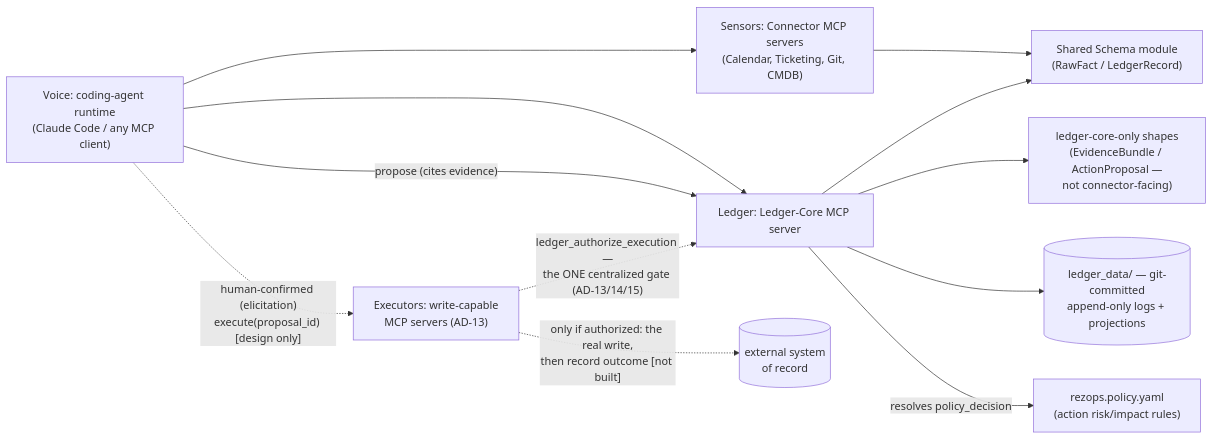
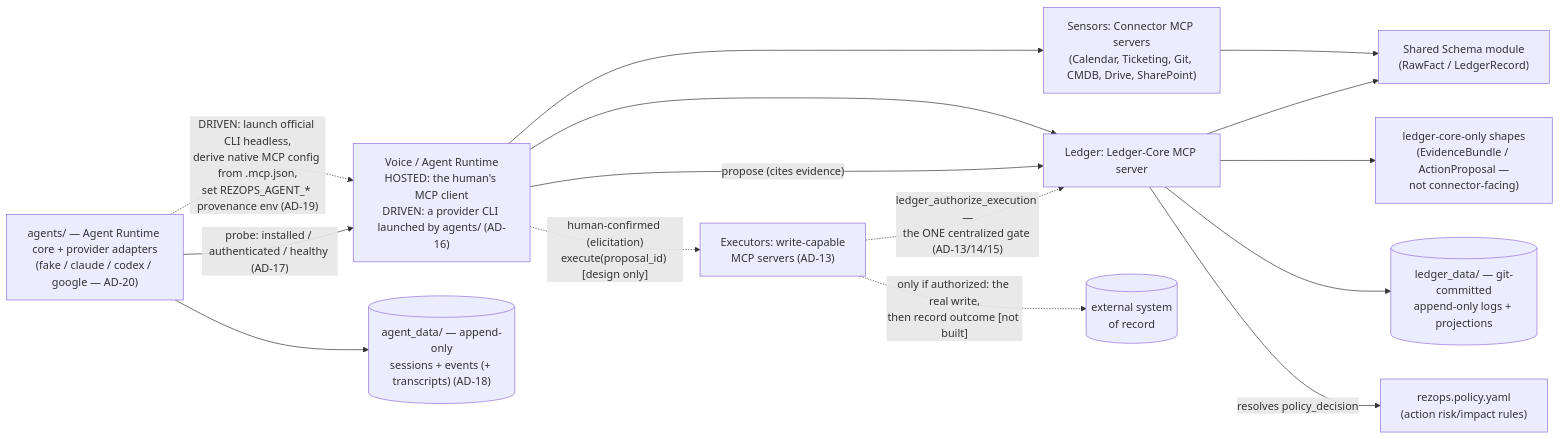
Before and after one commit to mistamayor/rez-ops: the first of 2 diagrams in _bmad-output/planning-artifacts/architecture/architecture-Resillience-Ops-2026-08-12/ARCHITECTURE-SPINE.md, drawn with Mermaid. The commit also changed other lines of this file and 11 other files, not shown here.

````diff
--- a/_bmad-output/planning-artifacts/architecture/architecture-Resillience-Ops-2026-08-12/ARCHITECTURE-SPINE.md
+++ b/_bmad-output/planning-artifacts/architecture/architecture-Resillience-Ops-2026-08-12/ARCHITECTURE-SPINE.md
@@ -32,14 +35,17 @@
 ```mermaid
 graph LR
-    Runtime["Voice: coding-agent runtime<br/>(Claude Code / any MCP client)"] --> Connectors["Sensors: Connector MCP servers<br/>(Calendar, Ticketing, Git, CMDB)"]
+    Runtime["Voice / Agent Runtime<br/>HOSTED: the human's MCP client<br/>DRIVEN: a provider CLI launched by agents/ (AD-16)"] --> Connectors["Sensors: Connector MCP servers<br/>(Calendar, Ticketing, Git, CMDB, Drive, SharePoint)"]
     Runtime --> LedgerCore["Ledger: Ledger-Core MCP server"]
+    Launcher["agents/ — Agent Runtime core + provider adapters<br/>(fake / claude / codex / google — AD-20)"] -.->|"DRIVEN: launch official CLI headless,<br/>derive native MCP config from .mcp.json,<br/>set REZOPS_AGENT_* provenance env (AD-19)"| Runtime
+    Launcher --> AgentData[("agent_data/ — append-only<br/>sessions + events (+ transcripts) (AD-18)")]
+    Launcher -->|"probe: installed / authenticated / healthy (AD-17)"| Runtime
     Connectors --> Schema["Shared Schema module<br/>(RawFact / LedgerRecord)"]
     LedgerCore --> LedgerOnly["ledger-core-only shapes<br/>(EvidenceBundle / ActionProposal —<br/>not connector-facing)"]
     LedgerCore --> Schema
     LedgerCore --> LedgerData[("ledger_data/ — git-committed<br/>append-only logs + projections")]
     Runtime -->|"propose (cites evidence)"| LedgerCore
     LedgerCore -->|"resolves policy_decision"| Policy["rezops.policy.yaml<br/>(action risk/impact rules)"]
     Runtime -.->|"human-confirmed (elicitation)<br/>execute(proposal_id) [design only]"| Executor["Executors: write-capable<br/>MCP servers (AD-13)"]
     Executor -.->|"ledger_authorize_execution —<br/>the ONE centralized gate (AD-13/14/15)"| LedgerCore
     Executor -.->|"only if authorized: the real write,<br/>then record outcome [not built]"| External[("external system<br/>of record")]
 ```
````
